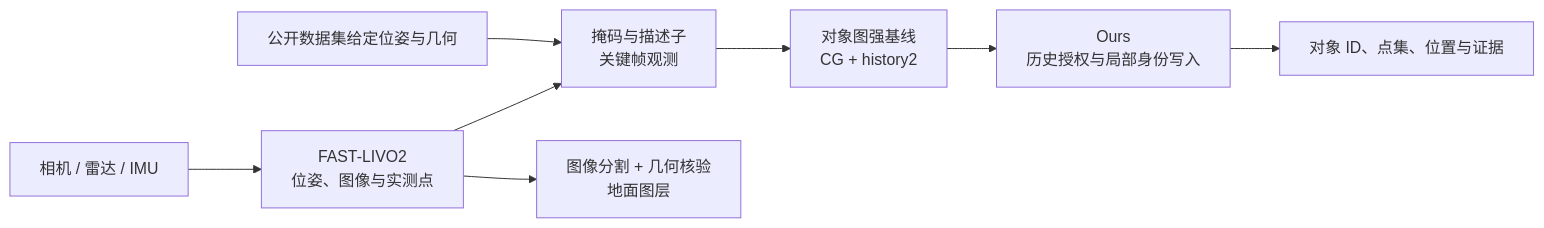
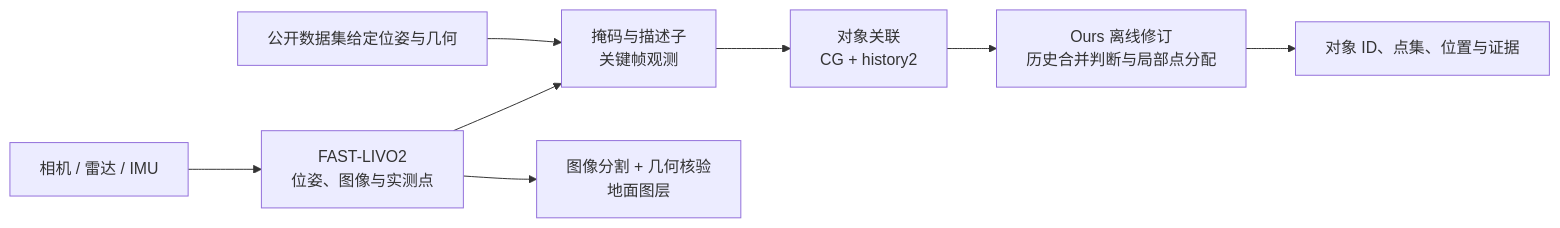
One commit to YanYaoyuan/omni_slam changed the diagram in README.md. Above: the diagram before and after it, drawn with Mermaid. The commit also changed other lines of this file and 7 other files, not shown here.

````diff
--- a/README.md
+++ b/README.md
@@ -60,10 +59,10 @@
 ```mermaid
 flowchart LR
     Sensors[相机 / 雷达 / IMU] --> LIVO["FAST-LIVO2<br/>位姿、图像与实测点"]
     Dataset[公开数据集给定位姿与几何] --> Observations
     LIVO --> Observations["掩码与描述子<br/>关键帧观测"]
-    Observations --> Backbone["对象图强基线<br/>CG + history2"]
-    Backbone --> Revision["Ours<br/>历史授权与局部身份写入"]
+    Observations --> Backbone["对象关联<br/>CG + history2"]
+    Backbone --> Revision["Ours 离线修订<br/>历史合并判断与局部点分配"]
     Revision --> Map[对象 ID、点集、位置与证据]
     LIVO --> Ground["图像分割 + 几何核验<br/>地面图层"]
 ```
````
